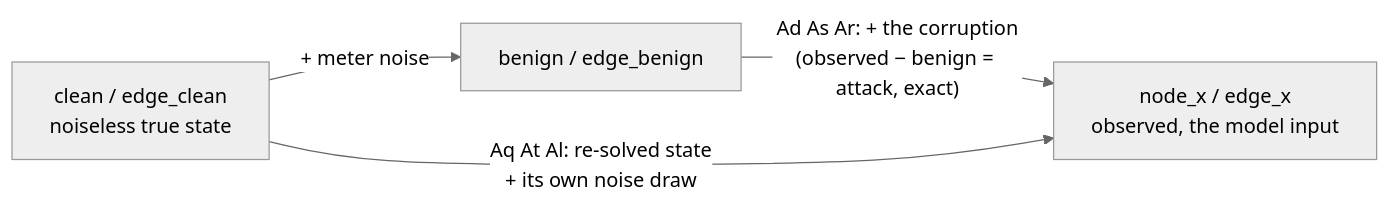
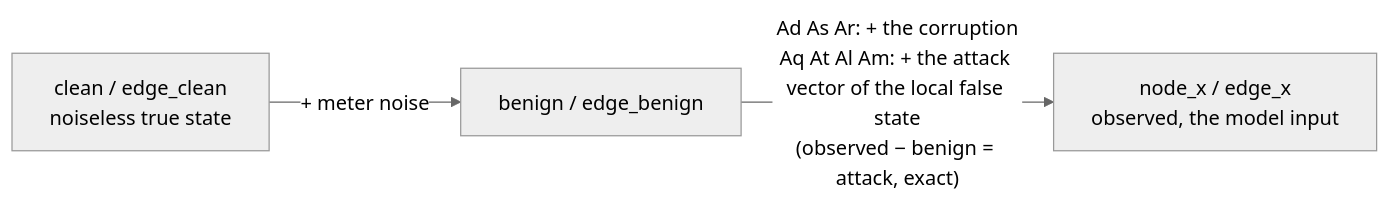
One commit to myersben9/fdia-graph changed the diagram in docs/reference/DATA_DICTIONARY.md. Above: the diagram before and after it, drawn with Mermaid (neutral theme). The commit also changed other lines of this file and 9 other files, not shown here.

First line of the commit message:
Stealthy frames are the true scan plus the attack vector; Al redraws an infeasible line (#100)

````diff
--- a/docs/reference/DATA_DICTIONARY.md
+++ b/docs/reference/DATA_DICTIONARY.md
@@ -138,6 +138,5 @@
 ```mermaid
 flowchart LR
     clean["clean / edge_clean<br/>noiseless true state"] -- "+ meter noise" --> benign["benign / edge_benign"]
-    benign -- "Ad As Ar: + the corruption<br/>(observed − benign = attack, exact)" --> obs["node_x / edge_x<br/>observed, the model input"]
-    clean -- "Aq At Al: re-solved state<br/>+ its own noise draw" --> obs
+    benign -- "Ad As Ar: + the corruption<br/>Aq At Al Am: + the attack vector of the local false state<br/>(observed − benign = attack, exact)" --> obs["node_x / edge_x<br/>observed, the model input"]
 ```
````
